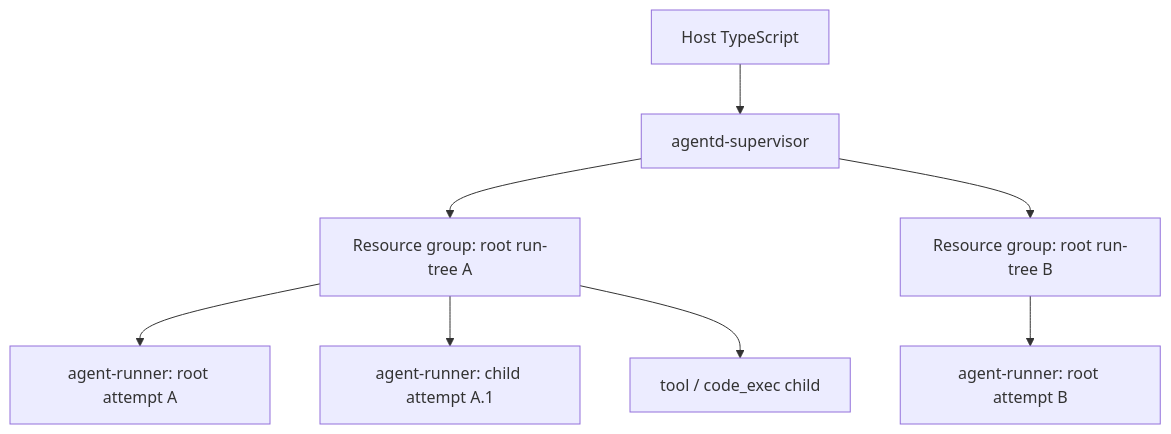
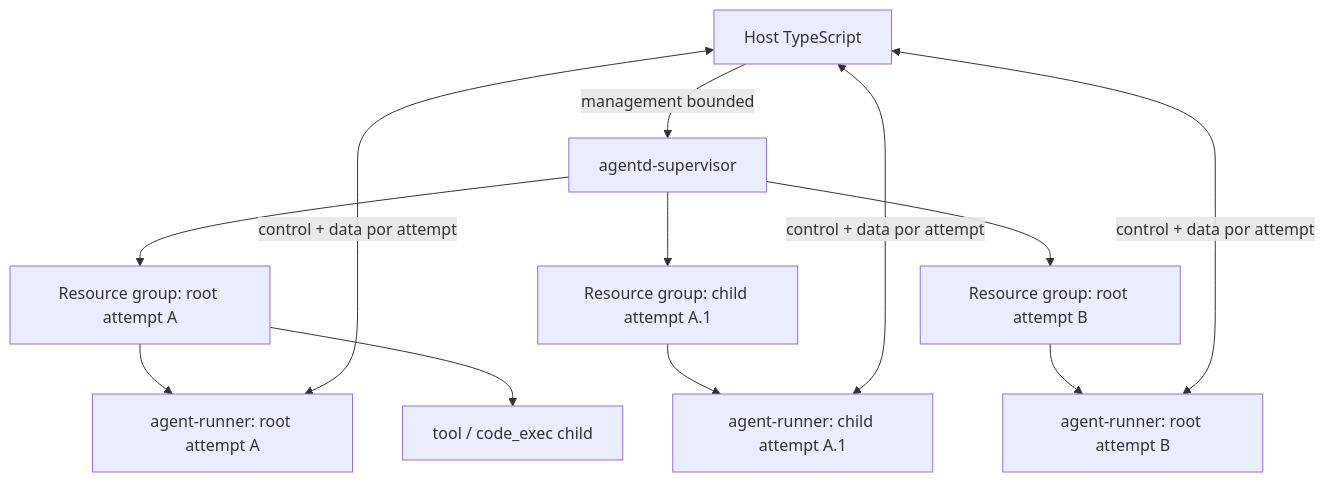
One commit to CodeStudio-Digital/code-indexer changed the diagram in docs/architecture/rust-agent-runtime/01-runtime-supervisor-and-isolation.md. Above: the diagram before and after it, drawn with Mermaid. The commit also changed other lines of this file and 2813 other files, not shown here.

````diff
--- a/docs/architecture/rust-agent-runtime/01-runtime-supervisor-and-isolation.md
+++ b/docs/architecture/rust-agent-runtime/01-runtime-supervisor-and-isolation.md
@@ -9,10 +9,14 @@
 ```mermaid
 flowchart TB
-    H["Host TypeScript"] --> S["agentd-supervisor"]
-    S --> J1["Resource group: root run-tree A"]
-    S --> J2["Resource group: root run-tree B"]
+    H["Host TypeScript"] -->|"management bounded"| S["agentd-supervisor"]
+    S --> J1["Resource group: root attempt A"]
+    S --> JC1["Resource group: child attempt A.1"]
+    S --> J2["Resource group: root attempt B"]
     J1 --> R1["agent-runner: root attempt A"]
-    J1 --> C1["agent-runner: child attempt A.1"]
     J1 --> X1["tool / code_exec child"]
+    JC1 --> C1["agent-runner: child attempt A.1"]
     J2 --> R2["agent-runner: root attempt B"]
+    H <-->|"control + data por attempt"| R1
+    H <-->|"control + data por attempt"| C1
+    H <-->|"control + data por attempt"| R2
 ```
````
